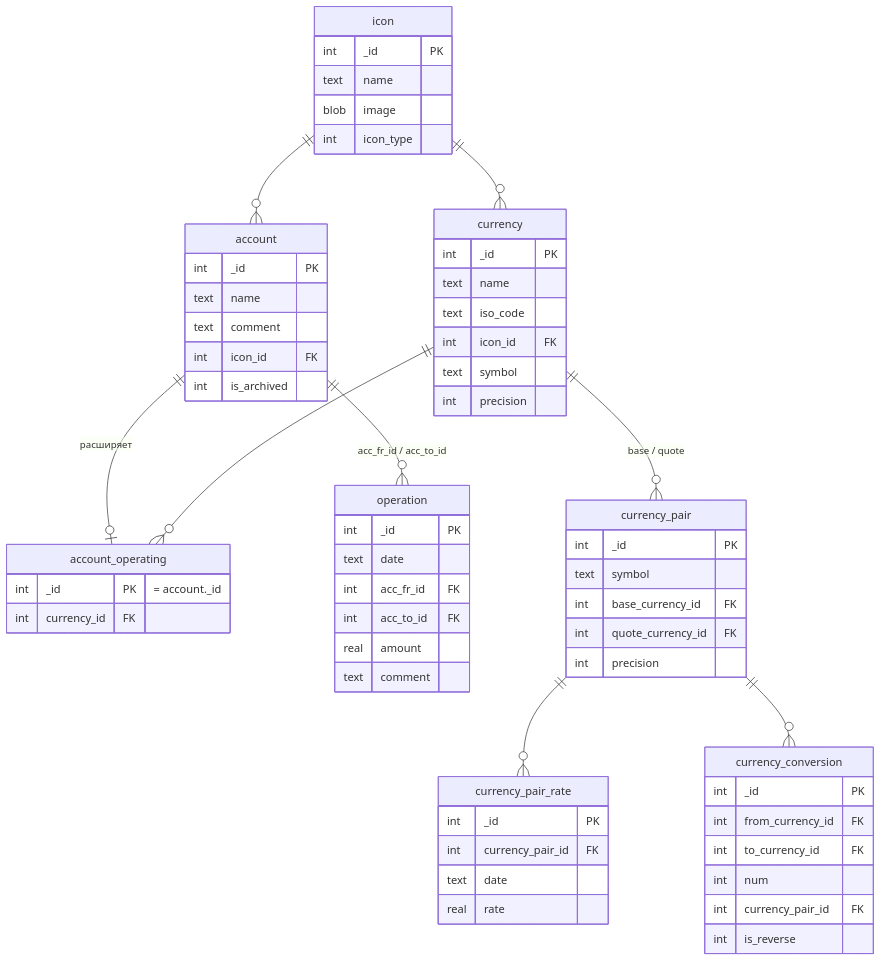
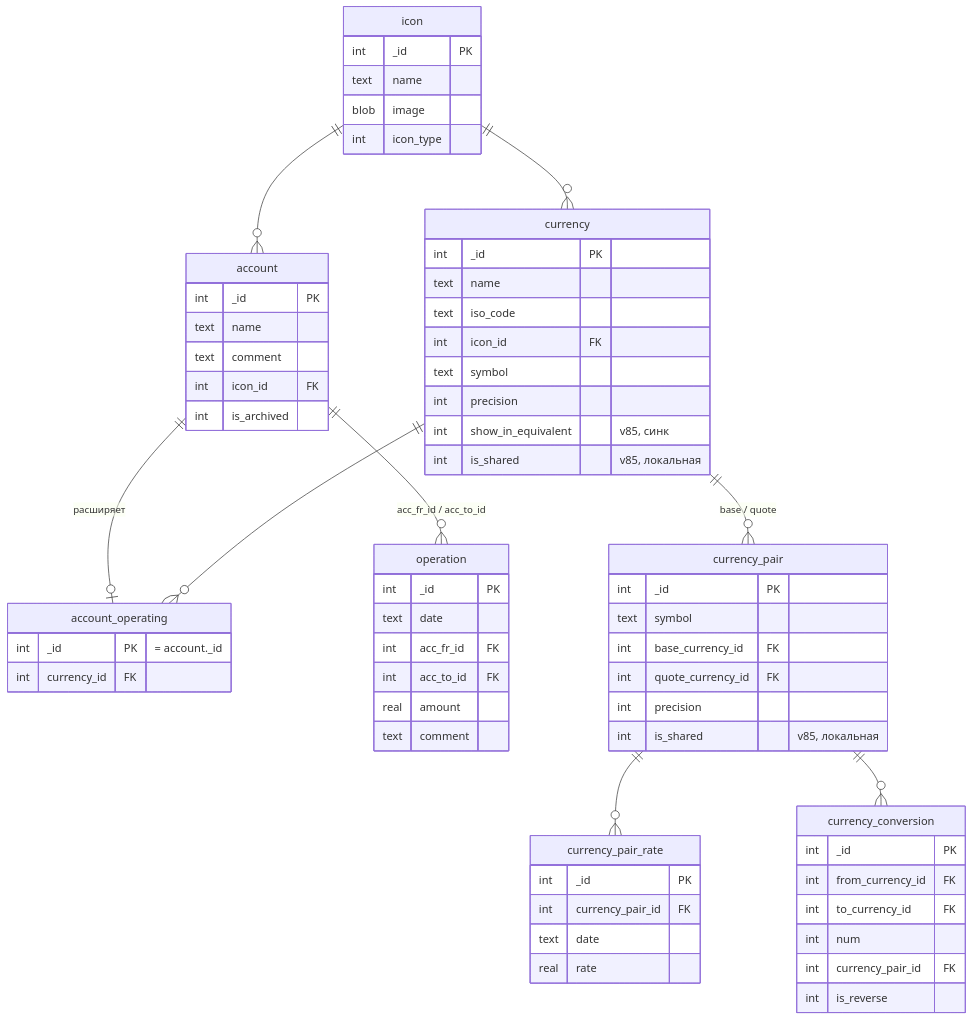
Before and after one commit to WalletTransactions/android-wallet: the second of 4 diagrams in docs/ARCHITECTURE.md, drawn with Mermaid. The commit also changed other lines of this file and 9 other files, not shown here.

First line of the commit message:
Валюты: БД v85 — show_in_equivalent и is_shared, синк флага и признака общей строки

````diff
--- a/docs/ARCHITECTURE.md
+++ b/docs/ARCHITECTURE.md
@@ -117,66 +117,69 @@
 ```mermaid
 erDiagram
     icon {
         int _id PK
         text name
         blob image
         int icon_type
     }
     currency {
         int _id PK
         text name
         text iso_code
         int icon_id FK
         text symbol
         int precision
+        int show_in_equivalent "v85, синк"
+        int is_shared "v85, локальная"
     }
     account {
         int _id PK
         text name
         text comment
         int icon_id FK
         int is_archived
     }
     account_operating {
         int _id PK "= account._id"
         int currency_id FK
     }
     operation {
         int _id PK
         text date
         int acc_fr_id FK
         int acc_to_id FK
         real amount
         text comment
     }
     currency_pair {
         int _id PK
         text symbol
         int base_currency_id FK
         int quote_currency_id FK
         int precision
+        int is_shared "v85, локальная"
     }
     currency_pair_rate {
         int _id PK
         int currency_pair_id FK
         text date
         real rate
     }
     currency_conversion {
         int _id PK
         int from_currency_id FK
         int to_currency_id FK
         int num
         int currency_pair_id FK
         int is_reverse
     }
 
     icon ||--o{ account : ""
     icon ||--o{ currency : ""
     account ||--o| account_operating : "расширяет"
     account ||--o{ operation : "acc_fr_id / acc_to_id"
     currency ||--o{ account_operating : ""
     currency ||--o{ currency_pair : "base / quote"
     currency_pair ||--o{ currency_pair_rate : ""
     currency_pair ||--o{ currency_conversion : ""
 ```
````
